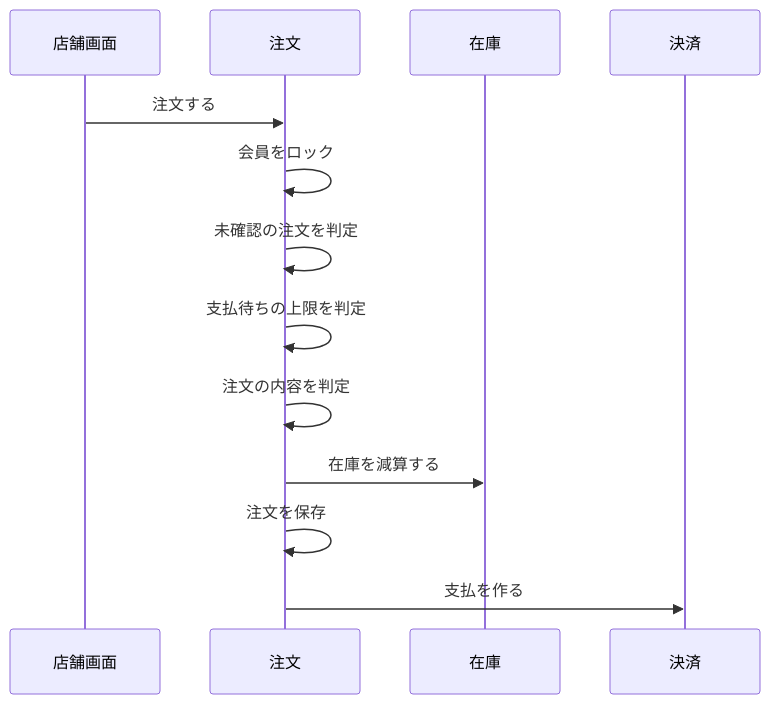
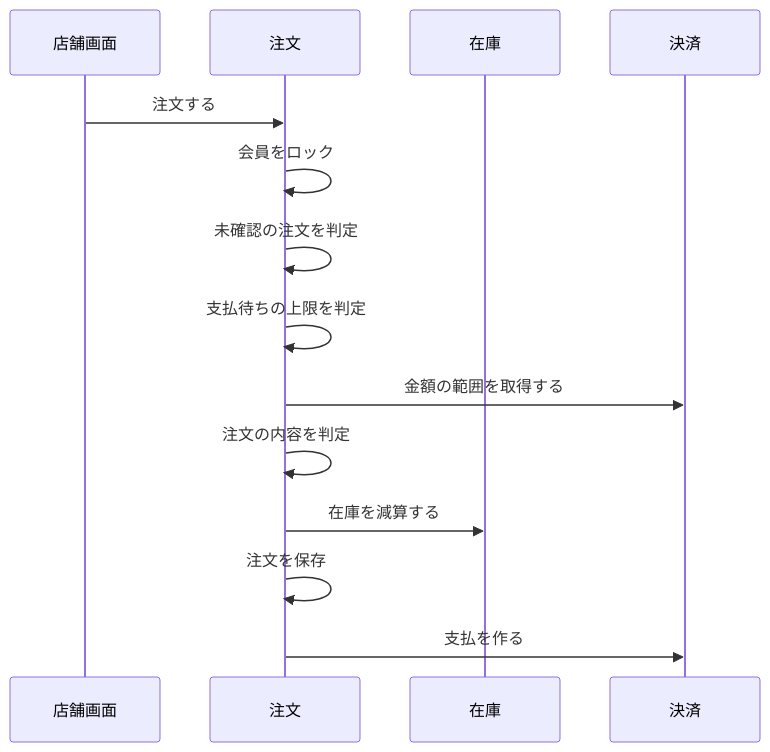
The second of 4 diagrams in docs/02-設計/order.md (roger88106/ec-site), drawn with Mermaid before and after one commit. The commit also changed 3 other files, not shown here.

````diff
--- a/docs/02-設計/order.md
+++ b/docs/02-設計/order.md
@@ -72,15 +72,16 @@
 ```mermaid
 sequenceDiagram
     participant U as 店舗画面
     participant O as 注文
     participant I as 在庫
     participant P as 決済
     U->>O: 注文する
     O->>O: 会員をロック
     O->>O: 未確認の注文を判定
     O->>O: 支払待ちの上限を判定
+    O->>P: 金額の範囲を取得する
     O->>O: 注文の内容を判定
     O->>I: 在庫を減算する
     O->>O: 注文を保存
     O->>P: 支払を作る
 ```
````
